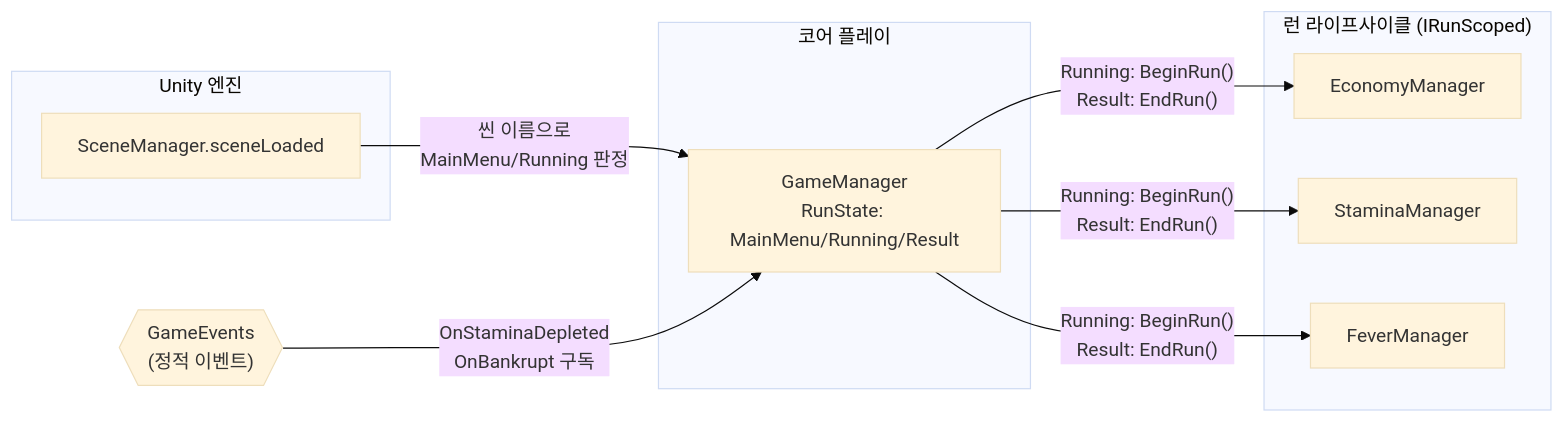
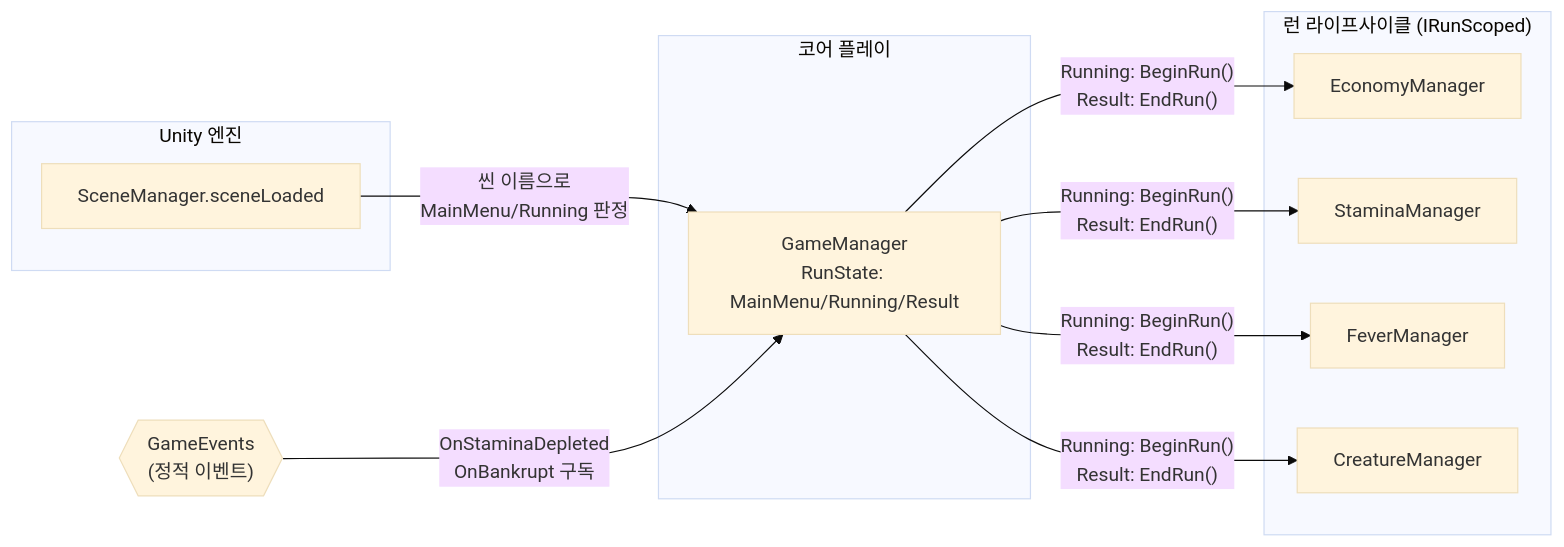
One commit to KDNA-Gwangju-1/NCAIClicker changed the diagram in docs/TECH_NOTES/run-state.md. Above: the diagram before and after it, drawn with Mermaid (base theme). The commit also changed other lines of this file and 1 other file, not shown here.

Commit message:
docs: CreatureManager 프리팹 부착과 런 경계 배선 기록 (2.8, #140)

````diff
--- a/docs/TECH_NOTES/run-state.md
+++ b/docs/TECH_NOTES/run-state.md
@@ -32,24 +32,26 @@
 ```mermaid
 flowchart LR
   subgraph Unity["Unity 엔진"]
     scene[SceneManager.sceneLoaded]
   end
 
   subgraph Core["코어 플레이"]
     gm[GameManager<br/>RunState: MainMenu/Running/Result]
   end
 
   subgraph Lifecycle["런 라이프사이클 (IRunScoped)"]
     economy[EconomyManager]
     stamina[StaminaManager]
     fever[FeverManager]
+    creature[CreatureManager]
   end
 
   events{{"GameEvents<br/>(정적 이벤트)"}}
 
   scene -- "씬 이름으로<br/>MainMenu/Running 판정" --> gm
   events -- "OnStaminaDepleted<br/>OnBankrupt 구독" --> gm
   gm -- "Running: BeginRun()<br/>Result: EndRun()" --> economy
   gm -- "Running: BeginRun()<br/>Result: EndRun()" --> stamina
   gm -- "Running: BeginRun()<br/>Result: EndRun()" --> fever
+  gm -- "Running: BeginRun()<br/>Result: EndRun()" --> creature
 ```
````
